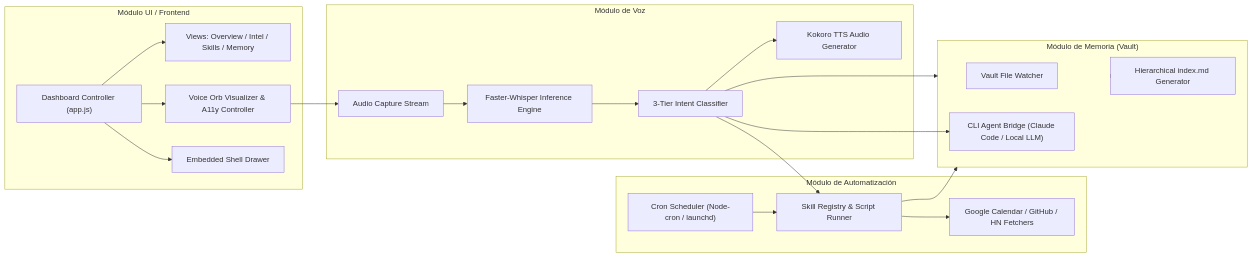
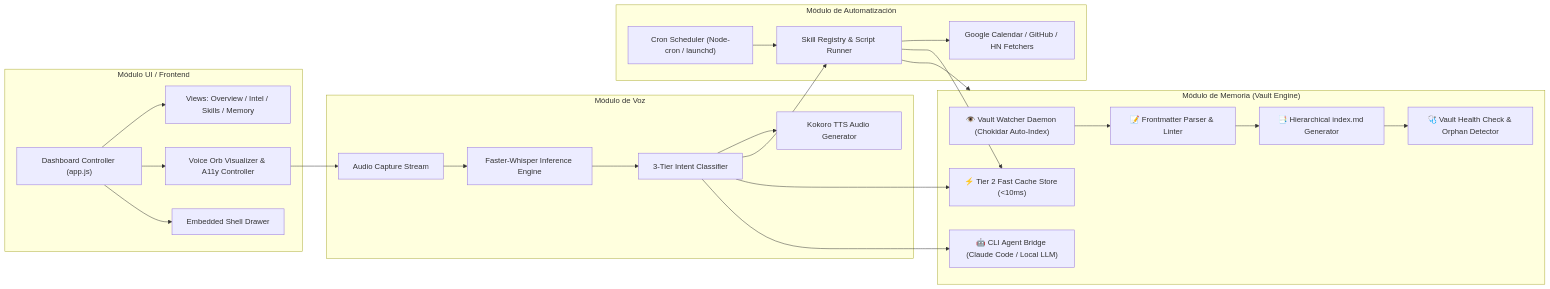
One commit to trautslab/TrautsLab-OS changed the second of 8 diagrams in docs/architecture/diagrams.md. Above: the diagram before and after it, drawn with Mermaid. The commit also changed other lines of this file and 23 other files, not shown here.

Commit message:
feat(vault-engine): complete Phase 2 with hierarchical indexer, file watcher, and Tier 2 cache manager

````diff
--- a/docs/architecture/diagrams.md
+++ b/docs/architecture/diagrams.md
@@ -85,42 +85,46 @@
 ```mermaid
 graph LR
     subgraph Frontend_Components ["Módulo UI / Frontend"]
         UI_Core["Dashboard Controller (app.js)"]
         UI_View["Views: Overview / Intel / Skills / Memory"]
         UI_VoiceOrb["Voice Orb Visualizer & A11y Controller"]
         UI_Terminal["Embedded Shell Drawer"]
     end
 
     subgraph Audio_Components ["Módulo de Voz"]
         Audio_Recorder["Audio Capture Stream"]
         Audio_STT["Faster-Whisper Inference Engine"]
         Audio_Router["3-Tier Intent Classifier"]
         Audio_TTS["Kokoro TTS Audio Generator"]
     end
 
     subgraph Automation_Components ["Módulo de Automatización"]
         Cron_Scheduler["Cron Scheduler (Node-cron / launchd)"]
         Skill_Registry["Skill Registry & Script Runner"]
         External_APIs["Google Calendar / GitHub / HN Fetchers"]
     end
 
-    subgraph Knowledge_Components ["Módulo de Memoria (Vault)"]
-        Vault_Watcher["Vault File Watcher"]
-        Vault_Indexer["Hierarchical index.md Generator"]
-        Agent_Interface["CLI Agent Bridge (Claude Code / Local LLM)"]
+    subgraph Knowledge_Components ["Módulo de Memoria (Vault Engine)"]
+        Vault_Watcher["👁️ Vault Watcher Daemon (Chokidar Auto-Index)"]
+        Vault_Parser["📝 Frontmatter Parser & Linter"]
+        Vault_Indexer["📑 Hierarchical index.md Generator"]
+        Vault_Health["🩺 Vault Health Check & Orphan Detector"]
+        Cache_Manager["⚡ Tier 2 Fast Cache Store (<10ms)"]
+        Agent_Interface["🤖 CLI Agent Bridge (Claude Code / Local LLM)"]
     end
 
     UI_Core --> UI_View & UI_VoiceOrb & UI_Terminal
     UI_VoiceOrb --> Audio_Recorder
     Audio_Recorder --> Audio_STT
     Audio_STT --> Audio_Router
     Audio_Router --> Audio_TTS
     Audio_Router --> Skill_Registry
-    Audio_Router --> Knowledge_Components
+    Audio_Router --> Cache_Manager
     Audio_Router --> Agent_Interface
 
     Cron_Scheduler --> Skill_Registry
     Skill_Registry --> External_APIs
     Skill_Registry --> Knowledge_Components
-    Knowledge_Components --> Vault_Indexer
+    Skill_Registry --> Cache_Manager
+    Vault_Watcher --> Vault_Parser --> Vault_Indexer --> Vault_Health
 ```
````
